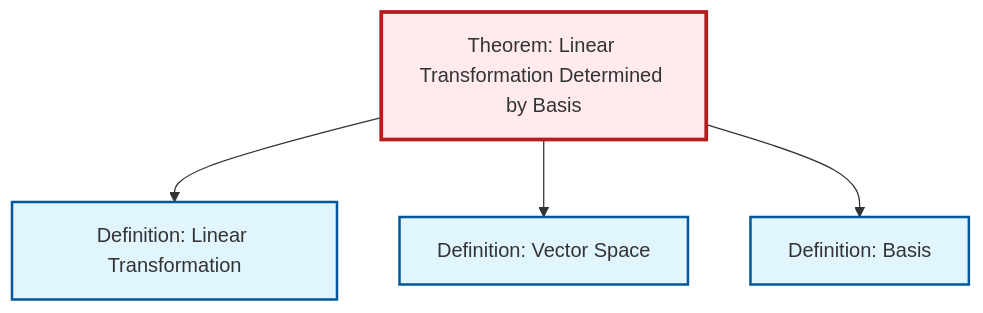
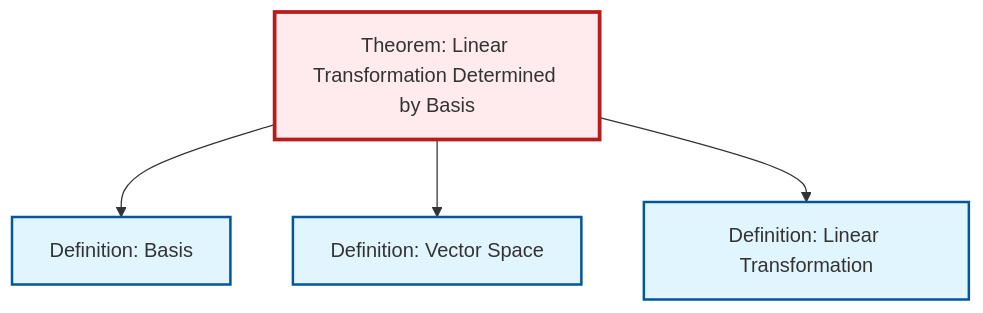
One commit to RK0429/ModernMath changed the diagram in content/en/algebra/thm-linear-transformation-basis.qmd. Above: the diagram before and after it, drawn with Mermaid. The commit also changed other lines of this file and 360 other files, not shown here.

````diff
--- a/content/en/algebra/thm-linear-transformation-basis.qmd
+++ b/content/en/algebra/thm-linear-transformation-basis.qmd
@@ -47,20 +47,20 @@
 ```{mermaid}
 %%| fig-cap: "Local dependency graph"
 graph TD
     classDef definition fill:#e1f5fe,stroke:#01579b,stroke-width:2px
     classDef theorem fill:#f3e5f5,stroke:#4a148c,stroke-width:2px
     classDef axiom fill:#fff3e0,stroke:#e65100,stroke-width:2px
     classDef example fill:#e8f5e9,stroke:#1b5e20,stroke-width:2px
     classDef current fill:#ffebee,stroke:#b71c1c,stroke-width:3px
     thm-linear-transformation-basis["Theorem: Linear Transformation Determined by Basis"]:::theorem
+    def-basis["Definition: Basis"]:::definition
+    def-vector-space["Definition: Vector Space"]:::definition
     def-linear-transformation["Definition: Linear Transformation"]:::definition
-    def-vector-space["Definition: Vector Space"]:::definition
-    def-basis["Definition: Basis"]:::definition
+    thm-linear-transformation-basis --> def-basis
+    thm-linear-transformation-basis --> def-vector-space
     thm-linear-transformation-basis --> def-linear-transformation
-    thm-linear-transformation-basis --> def-vector-space
-    thm-linear-transformation-basis --> def-basis
     class thm-linear-transformation-basis current
+    click def-basis "def-basis.html" "Go to Basis definition"
+    click def-vector-space "def-vector-space.html" "Go to Vector Space definition"
     click def-linear-transformation "def-linear-transformation.html" "Go to Linear Transformation definition"
-    click def-vector-space "def-vector-space.html" "Go to Vector Space definition"
-    click def-basis "def-basis.html" "Go to Basis definition"
 ```
````
